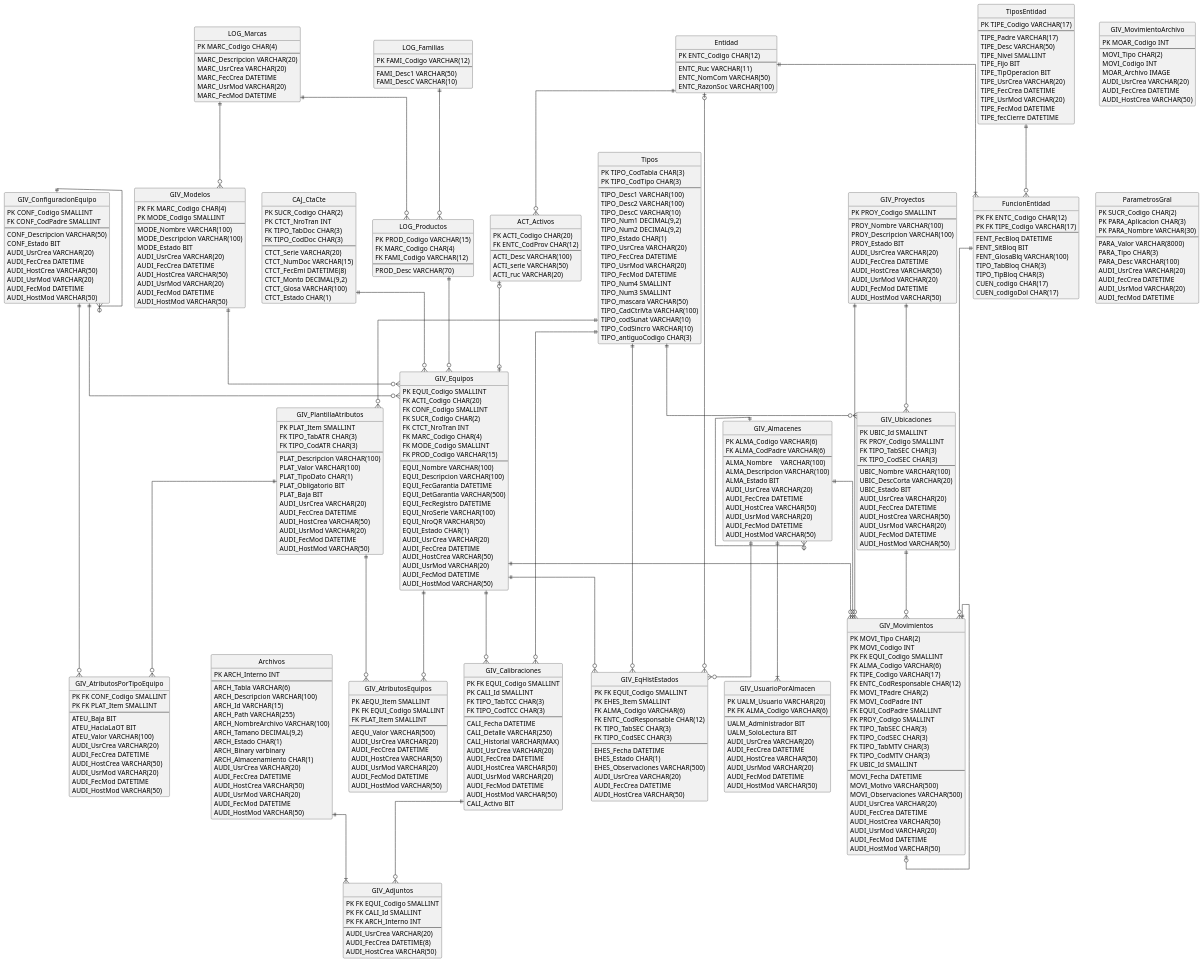
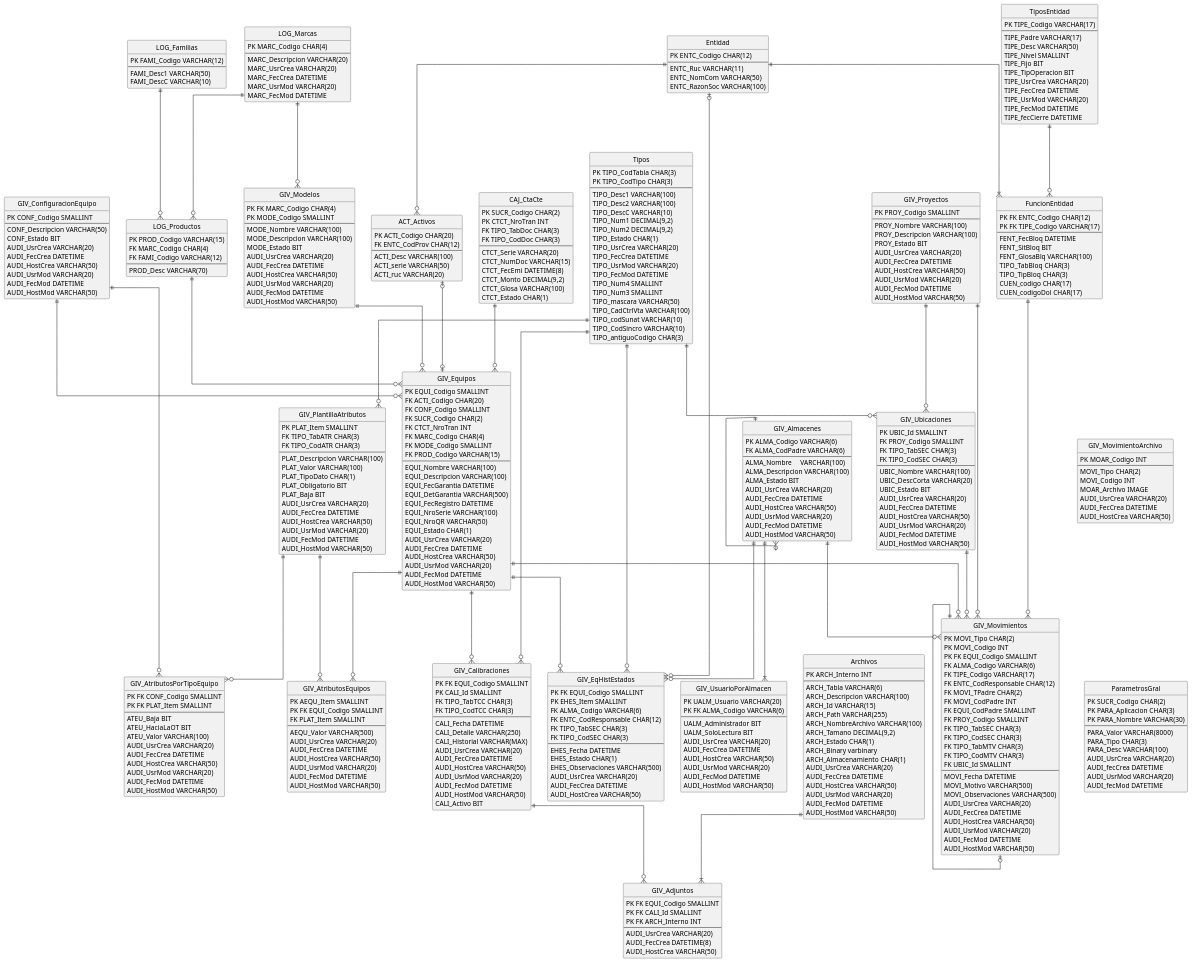
One commit to JordanNoah7/Conquistadores changed the diagram in UML_PlantUML_GIV/EntityRelation/ERApp.puml. Above: the diagram before and after it, drawn with PlantUML. The commit also changed 40 other files, not shown here.

```diff
--- a/UML_PlantUML_GIV/EntityRelation/ERApp.puml
+++ b/UML_PlantUML_GIV/EntityRelation/ERApp.puml
@@ -140,7 +140,6 @@
 
 entity GIV_ConfiguracionEquipo {
     PK CONF_Codigo SMALLINT
-    FK CONF_CodPadre SMALLINT
     --
     CONF_Descripcion VARCHAR(50)
     CONF_Estado BIT
@@ -388,43 +387,41 @@
     TIPE_fecCierre DATETIME
 }
 
+ACT_Activos |o--o| GIV_Equipos
 Archivos ||--|{ GIV_Adjuntos
-GIV_Calibraciones ||--o{ GIV_Adjuntos
-Tipos ||--o{ GIV_Calibraciones
-GIV_Equipos ||--o{ GIV_Calibraciones
-TiposEntidad ||--o{ FuncionEntidad
-' TiposEntidad ||--o{ GIV_Movimientos
+CAJ_CtaCte ||--o{ GIV_Equipos
 Entidad ||--|{ FuncionEntidad
-' Entidad |o--o{ GIV_Movimientos
 Entidad |o--o{ GIV_EqHistEstados
+Entidad ||--o{ ACT_Activos
+FuncionEntidad ||--o{ GIV_Movimientos
 GIV_Almacenes ||--|{ GIV_UsuarioPorAlmacen
 GIV_Almacenes ||--o{ GIV_Almacenes
 GIV_Almacenes ||--o{ GIV_EqHistEstados
 GIV_Almacenes ||--o{ GIV_Movimientos
+GIV_Calibraciones ||--o{ GIV_Adjuntos
+GIV_ConfiguracionEquipo ||--o{ GIV_Equipos
+GIV_ConfiguracionEquipo ||--o{ GIV_AtributosPorTipoEquipo
+GIV_Equipos ||--o{ GIV_Calibraciones
 GIV_Equipos ||--o{ GIV_EqHistEstados
-Tipos ||--o{ GIV_EqHistEstados
+GIV_Equipos ||--o{ GIV_Movimientos
+GIV_Equipos ||--o{ GIV_AtributosEquipos
+GIV_Modelos ||--o{ GIV_Equipos
+GIV_Movimientos ||--o| GIV_Movimientos
 GIV_Ubicaciones ||--o{ GIV_Movimientos
-Tipos ||--o{ GIV_Ubicaciones
+GIV_PlantillaAtributos ||--o{ GIV_AtributosEquipos
+GIV_PlantillaAtributos ||--o{ GIV_AtributosPorTipoEquipo
 GIV_Proyectos ||--o{ GIV_Ubicaciones
 GIV_Proyectos ||--o{ GIV_Movimientos
-GIV_Movimientos ||--o| GIV_Movimientos
-GIV_Equipos ||--o{ GIV_Movimientos
-ACT_Activos |o--o| GIV_Equipos
-Entidad ||--o{ ACT_Activos
-LOG_Productos ||--o{ GIV_Equipos
+LOG_Familias ||--o{ LOG_Productos
 LOG_Marcas ||--o{ LOG_Productos
 LOG_Marcas ||--o{ GIV_Modelos
-GIV_Modelos ||--o{ GIV_Equipos
-GIV_Equipos ||--o{ GIV_AtributosEquipos
-GIV_PlantillaAtributos ||--o{ GIV_AtributosEquipos
-GIV_PlantillaAtributos ||--o{ GIV_AtributosPorTipoEquipo
+LOG_Productos ||--o{ GIV_Equipos
 Tipos ||--o{ GIV_PlantillaAtributos
-GIV_ConfiguracionEquipo ||--o{ GIV_Equipos
-GIV_ConfiguracionEquipo ||--o{ GIV_ConfiguracionEquipo
-GIV_ConfiguracionEquipo ||--o{ GIV_AtributosPorTipoEquipo
-CAJ_CtaCte ||--o{ GIV_Equipos
-FuncionEntidad ||--o{ GIV_Movimientos
-LOG_Familias ||--o{ LOG_Productos
+Tipos ||--o{ GIV_Calibraciones
+Tipos ||--o{ GIV_EqHistEstados
+Tipos ||--o{ GIV_Ubicaciones
+TiposEntidad ||--o{ FuncionEntidad
 
+FuncionEntidad -[hidden]-> GIV_MovimientoArchivo
 GIV_MovimientoArchivo -[hidden]-> ParametrosGral
 @enduml
```
